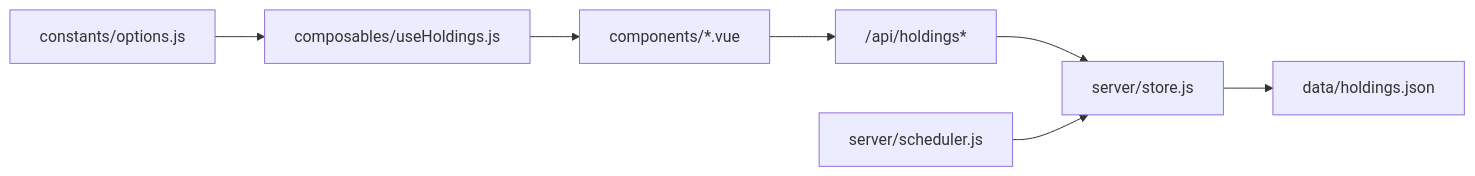
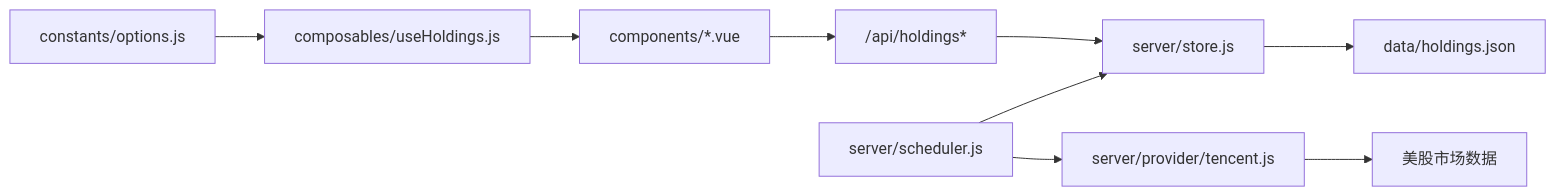
The sixth of 6 diagrams in .qoder/repowiki/zh/content/前端架构/状态管理/持仓状态管理.md (salenju/stock-advisor), drawn with Mermaid before and after one commit. The commit also changed other lines of this file and 5 other files, not shown here.

````diff
--- a/.qoder/repowiki/zh/content/前端架构/状态管理/持仓状态管理.md
+++ b/.qoder/repowiki/zh/content/前端架构/状态管理/持仓状态管理.md
@@ -221,9 +358,11 @@
 ```mermaid
 graph LR
 Options["constants/options.js"] --> UseHoldings["composables/useHoldings.js"]
 UseHoldings --> Components["components/*.vue"]
 Components --> API["/api/holdings*"]
 API --> Store["server/store.js"]
 Store --> Data["data/holdings.json"]
 Scheduler["server/scheduler.js"] --> Store
+Scheduler --> Tencent["server/provider/tencent.js"]
+Tencent --> USMarkets["美股市场数据"]
 ```
````
